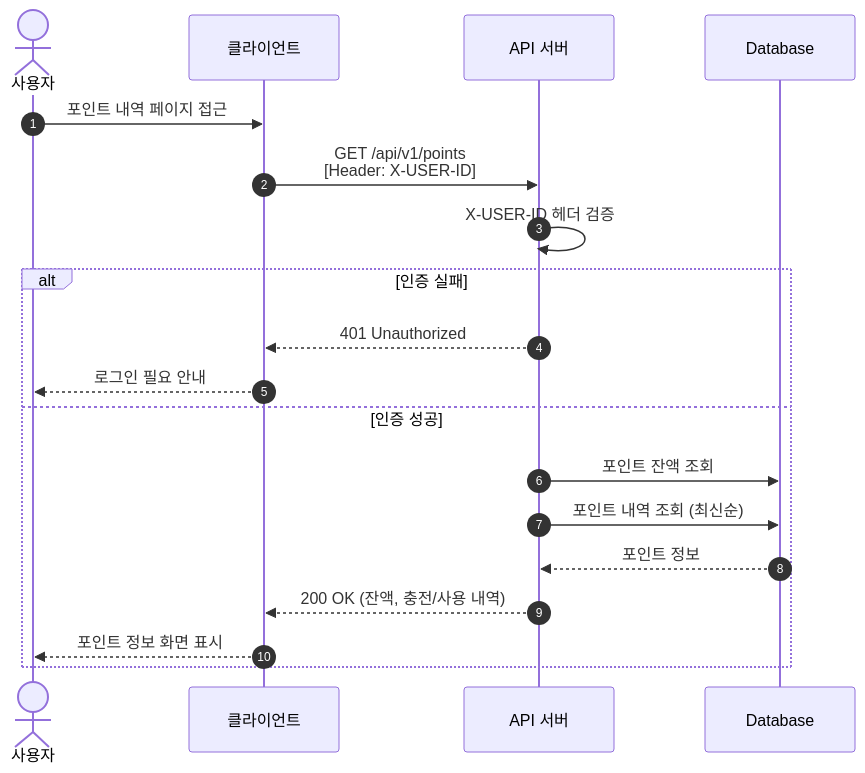
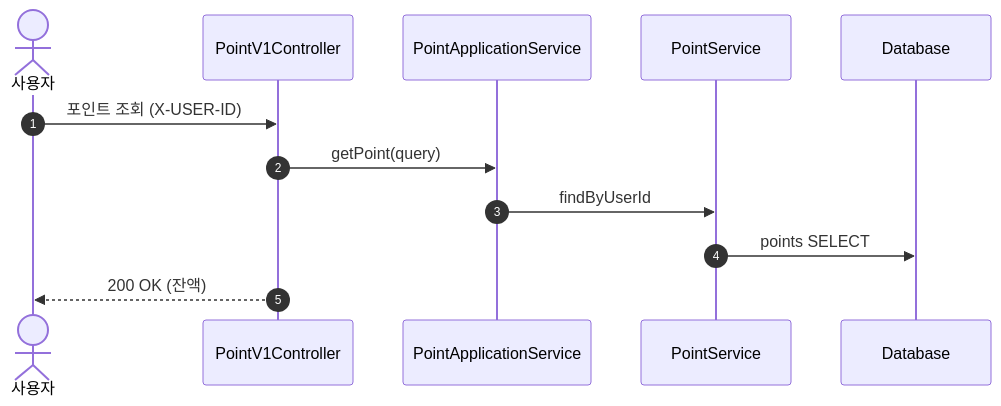
Before and after one commit to yht0827/my-commerce: the fourth of 15 diagrams in docs/02-sequence-diagrams.md, drawn with Mermaid. The commit also changed other lines of this file and 258 other files, not shown here.

````diff
--- a/docs/02-sequence-diagrams.md
+++ b/docs/02-sequence-diagrams.md
@@ -153,24 +101,15 @@
 ```mermaid
 sequenceDiagram
     autonumber
     actor User as 사용자
-    participant Client as 클라이언트
-    participant Server as API 서버
+    participant API as PointV1Controller
+    participant App as PointApplicationService
+    participant Domain as PointService
     participant DB as Database
 
-    User->>Client: 포인트 내역 페이지 접근
-    Client->>Server: GET /api/v1/points<br/>[Header: X-USER-ID]
-
-    Server->>Server: X-USER-ID 헤더 검증
-
-    alt 인증 실패
-        Server-->>Client: 401 Unauthorized
-        Client-->>User: 로그인 필요 안내
-    else 인증 성공
-        Server->>DB: 포인트 잔액 조회
-        Server->>DB: 포인트 내역 조회 (최신순)
-        DB-->>Server: 포인트 정보
-        Server-->>Client: 200 OK (잔액, 충전/사용 내역)
-        Client-->>User: 포인트 정보 화면 표시
-    end
+    User->>API: 포인트 조회 (X-USER-ID)
+    API->>App: getPoint(query)
+    App->>Domain: findByUserId
+    Domain->>DB: points SELECT
+    API-->>User: 200 OK (잔액)
 ```
````
